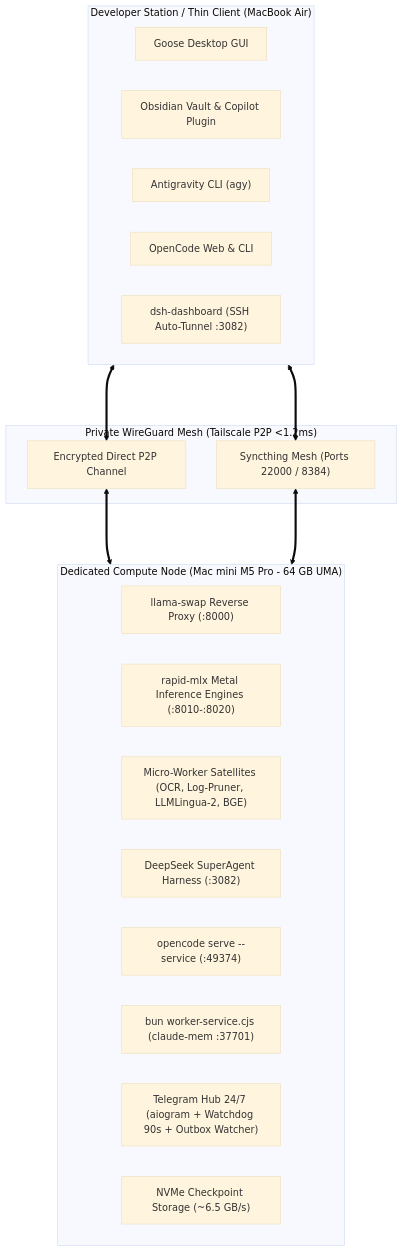
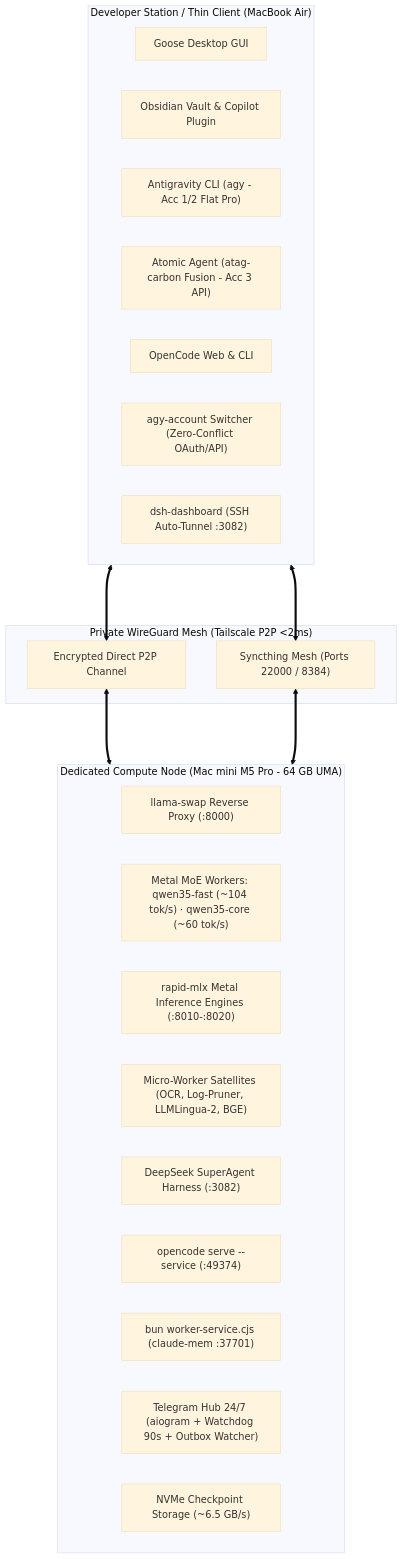
One commit to fabiomalagutti27-droid/apple-silicon-ai-workstation changed the first of 3 diagrams in README.md. Above: the diagram before and after it, drawn with Mermaid (base theme). The commit also changed other lines of this file and 12 other files, not shown here.

````diff
--- a/README.md
+++ b/README.md
@@ -44,29 +45,32 @@
 ```mermaid
 flowchart TB
     subgraph Client["Developer Station / Thin Client (MacBook Air)"]
         UI_Goose["Goose Desktop GUI"]
         UI_Obsidian["Obsidian Vault & Copilot Plugin"]
-        CLI_AGY["Antigravity CLI (agy)"]
+        CLI_AGY["Antigravity CLI (agy - Acc 1/2 Flat Pro)"]
+        CLI_ATAG["Atomic Agent (atag-carbon Fusion - Acc 3 API)"]
         CLI_OpenCode["OpenCode Web & CLI"]
+        Auth_Matrix["agy-account Switcher (Zero-Conflict OAuth/API)"]
         SSH_Tun["dsh-dashboard (SSH Auto-Tunnel :3082)"]
     end
 
-    subgraph Mesh["Private WireGuard Mesh (Tailscale P2P <1.2ms)"]
+    subgraph Mesh["Private WireGuard Mesh (Tailscale P2P <2ms)"]
         Tunnel["Encrypted Direct P2P Channel"]
         SyncMesh["Syncthing Mesh (Ports 22000 / 8384)"]
     end
 
     subgraph Host["Dedicated Compute Node (Mac mini M5 Pro - 64 GB UMA)"]
         Gateway["llama-swap Reverse Proxy (:8000)"]
+        LocalWorkers["Metal MoE Workers: qwen35-fast (~104 tok/s) · qwen35-core (~60 tok/s)"]
         RapidMLX["rapid-mlx Metal Inference Engines (:8010-:8020)"]
         Satellites["Micro-Worker Satellites (OCR, Log-Pruner, LLMLingua-2, BGE)"]
         DSH_Daemon["DeepSeek SuperAgent Harness (:3082)"]
         OpenCodeDaemon["opencode serve --service (:49374)"]
         ClaudeMem["bun worker-service.cjs (claude-mem :37701)"]
         TG_Hub["Telegram Hub 24/7 (aiogram + Watchdog 90s + Outbox Watcher)"]
         Storage["NVMe Checkpoint Storage (~6.5 GB/s)"]
     end
 
     Client <===> Tunnel <===> Host
     Client <===> SyncMesh <===> Host
 ```
````
